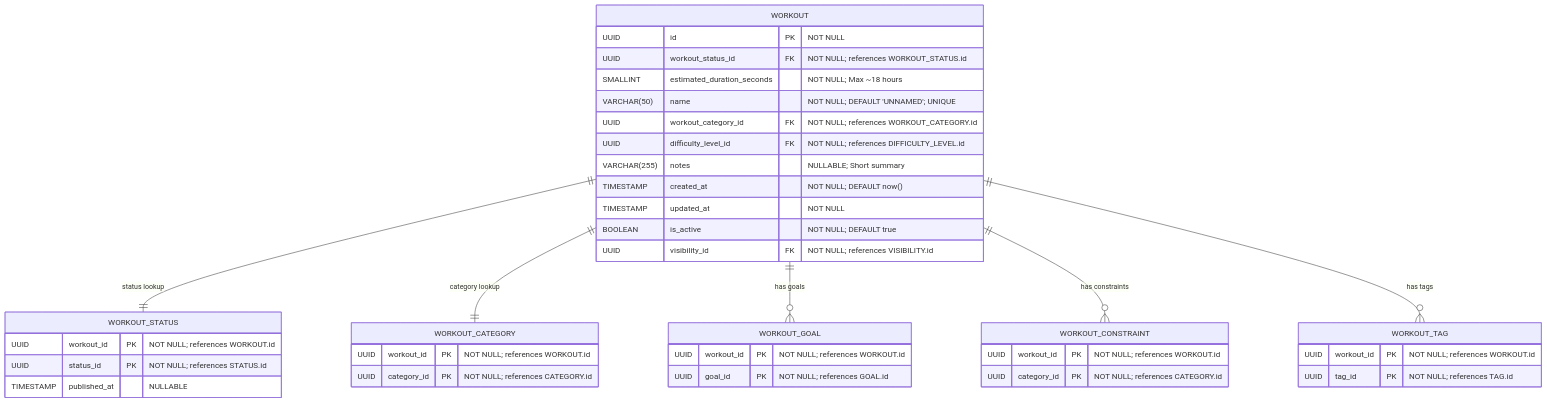
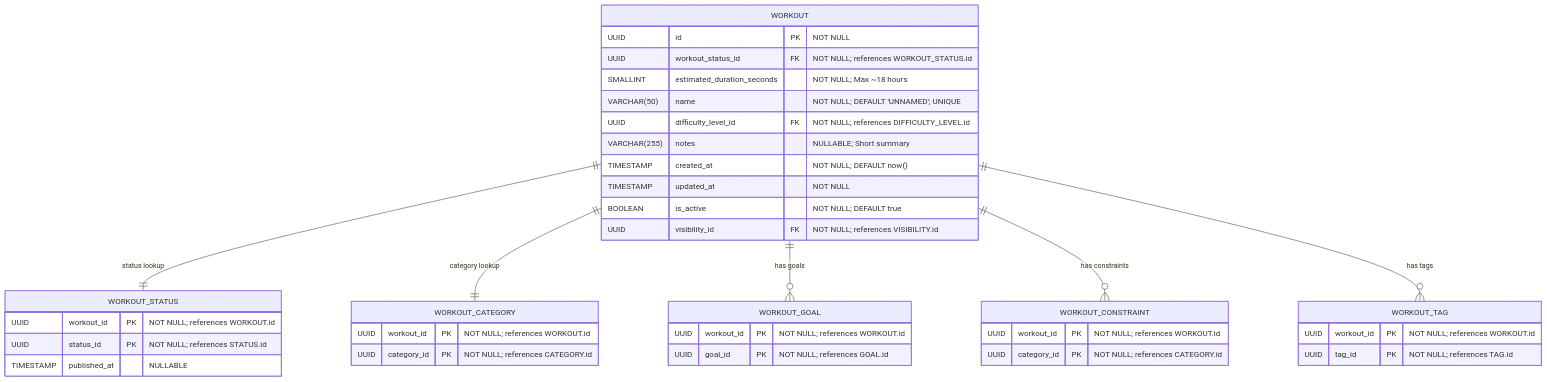
The diagram in docs/workout/core_workout_definition_classification.md (Dratharias/Motriforge), drawn with Mermaid before and after one commit. The commit also changed 5 other files, not shown here.

````diff
--- a/docs/workout/core_workout_definition_classification.md
+++ b/docs/workout/core_workout_definition_classification.md
@@ -8,52 +8,51 @@
 ```mermaid
 erDiagram
   %%=== Layer 1: Core Workout & Classification ===%%
 
   WORKOUT {
     UUID id PK                         "NOT NULL"
     UUID workout_status_id FK          "NOT NULL; references WORKOUT_STATUS.id"
     SMALLINT estimated_duration_seconds "NOT NULL; Max ~18 hours"
     VARCHAR(50) name                   "NOT NULL; DEFAULT 'UNNAMED'; UNIQUE"
-    UUID workout_category_id FK        "NOT NULL; references WORKOUT_CATEGORY.id"
     UUID difficulty_level_id FK        "NOT NULL; references DIFFICULTY_LEVEL.id"
     VARCHAR(255) notes                 "NULLABLE; Short summary"
     TIMESTAMP created_at               "NOT NULL; DEFAULT now()"
     TIMESTAMP updated_at               "NOT NULL"
     BOOLEAN is_active                  "NOT NULL; DEFAULT true"
     UUID visibility_id FK              "NOT NULL; references VISIBILITY.id"
   }
 
   %%— Classification & Lookup Tables —
   WORKOUT_STATUS {
     UUID workout_id PK "NOT NULL; references WORKOUT.id"
     UUID status_id PK  "NOT NULL; references STATUS.id"
     TIMESTAMP published_at "NULLABLE"
   }
 
   WORKOUT_CATEGORY {
     UUID workout_id PK "NOT NULL; references WORKOUT.id"
     UUID category_id PK "NOT NULL; references CATEGORY.id"
   }
 
   WORKOUT_GOAL {
     UUID workout_id PK "NOT NULL; references WORKOUT.id"
     UUID goal_id PK    "NOT NULL; references GOAL.id"
   }
 
   WORKOUT_CONSTRAINT {
     UUID workout_id PK "NOT NULL; references WORKOUT.id"
     UUID category_id PK "NOT NULL; references CATEGORY.id"
   }
 
   WORKOUT_TAG {
     UUID workout_id PK "NOT NULL; references WORKOUT.id"
     UUID tag_id PK     "NOT NULL; references TAG.id"
   }
 
   %%— Relationships in Layer 1 —
   WORKOUT ||--|| WORKOUT_STATUS     : "status lookup"
   WORKOUT ||--|| WORKOUT_CATEGORY   : "category lookup"
   WORKOUT ||--o{ WORKOUT_GOAL       : "has goals"
   WORKOUT ||--o{ WORKOUT_CONSTRAINT : "has constraints"
   WORKOUT ||--o{ WORKOUT_TAG        : "has tags"
 ```
````
